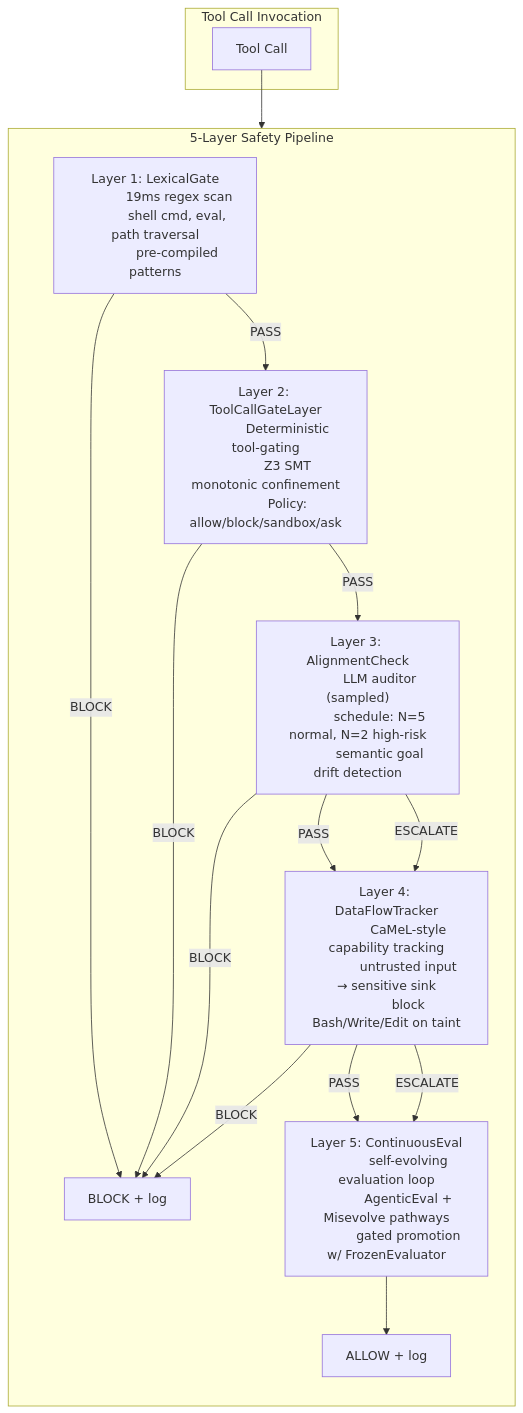
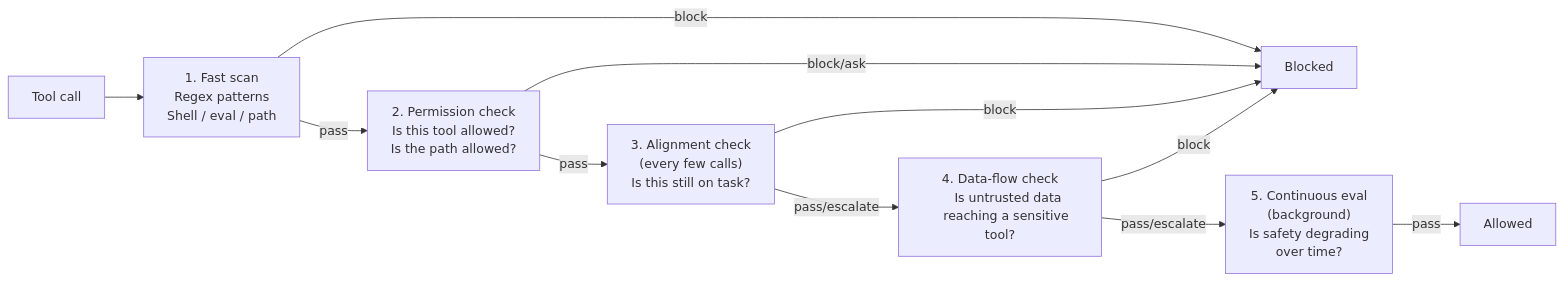
Before and after one commit to ndqkhanh/lyra: the diagram in docs/innovations/safety.md, drawn with Mermaid. The commit also changed other lines of this file and 23 other files, not shown here.

````diff
--- a/docs/innovations/safety.md
+++ b/docs/innovations/safety.md
@@ -36,45 +35,24 @@
 ```mermaid
-flowchart TD
-    subgraph Input["Tool Call Invocation"]
-        TC[Tool Call]
-    end
-
-    subgraph Pipeline["5-Layer Safety Pipeline"]
-        direction TB
-
-        L1["Layer 1: LexicalGate
-            19ms regex scan
-            shell cmd, eval, path traversal
-            pre-compiled patterns"]
-        L2["Layer 2: ToolCallGateLayer
-            Deterministic tool-gating
-            Z3 SMT monotonic confinement
-            Policy: allow/block/sandbox/ask"]
-        L3["Layer 3: AlignmentCheck
-            LLM auditor (sampled)
-            schedule: N=5 normal, N=2 high-risk
-            semantic goal drift detection"]
-        L4["Layer 4: DataFlowTracker
-            CaMeL-style capability tracking
-            untrusted input → sensitive sink
-            block Bash/Write/Edit on taint"]
-        L5["Layer 5: ContinuousEval
-            self-evolving evaluation loop
-            AgenticEval + Misevolve pathways
-            gated promotion w/ FrozenEvaluator"]
-
-        L1 -->|PASS| L2
-        L1 -->|BLOCK| STOP[BLOCK + log]
-        L2 -->|PASS| L3
-        L2 -->|BLOCK| STOP
-        L3 -->|PASS| L4
-        L3 -->|BLOCK| STOP
-        L3 -->|ESCALATE| L4
-        L4 -->|PASS| L5
-        L4 -->|BLOCK| STOP
-        L4 -->|ESCALATE| L5
-        L5 --> ALLOW[ALLOW + log]
-    end
-
-    TC --> Pipeline
+flowchart LR
+    TC[Tool call] --> L1["1. Fast scan
+    Regex patterns
+    Shell / eval / path"]
+    L1 -- "block" --> STOP[Blocked]
+    L1 -- "pass" --> L2["2. Permission check
+    Is this tool allowed?
+    Is the path allowed?"]
+    L2 -- "block/ask" --> STOP
+    L2 -- "pass" --> L3["3. Alignment check
+    (every few calls)
+    Is this still on task?"]
+    L3 -- "block" --> STOP
+    L3 -- "pass/escalate" --> L4["4. Data-flow check
+    Is untrusted data
+    reaching a sensitive tool?"]
+    L4 -- "block" --> STOP
+    L4 -- "pass/escalate" --> L5["5. Continuous eval
+    (background)
+    Is safety degrading
+    over time?"]
+    L5 -- "pass" --> ALLOW[Allowed]
 ```
````
